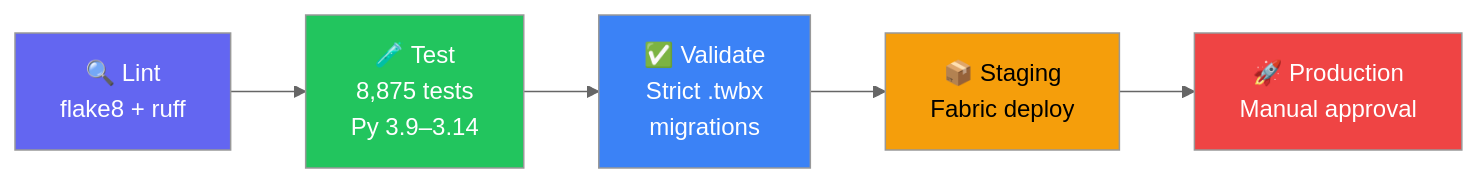
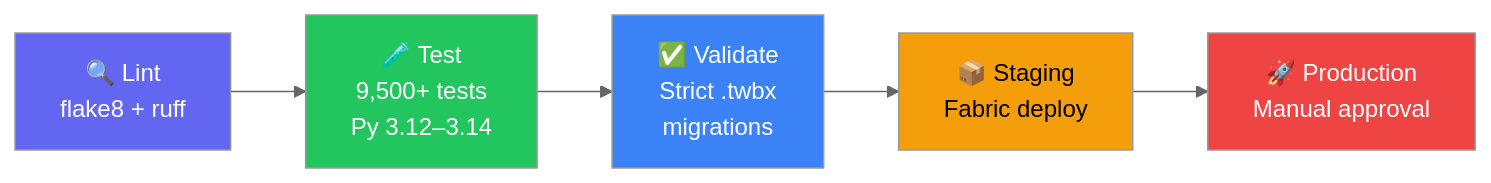
Before and after one commit to cyphou/TableauToPowerBI: the fifth of 5 diagrams in README.md, drawn with Mermaid (neutral theme). The commit also changed other lines of this file and 53 other files, not shown here.

````diff
--- a/README.md
+++ b/README.md
@@ -834,13 +837,13 @@
 ```mermaid
 flowchart LR
-    L["🔍 Lint\nflake8 + ruff"] --> T["🧪 Test\n8,875 tests\nPy 3.9–3.14"]
+    L["🔍 Lint\nflake8 + ruff"] --> T["🧪 Test\n9,500+ tests\nPy 3.12–3.14"]
     T --> V["✅ Validate\nStrict .twbx\nmigrations"]
     V --> S["📦 Staging\nFabric deploy"]
     S --> P["🚀 Production\nManual approval"]
     
     style L fill:#6366f1,color:#fff
     style T fill:#22c55e,color:#fff
     style V fill:#3b82f6,color:#fff
     style S fill:#f59e0b,color:#000
     style P fill:#ef4444,color:#fff
 ```
````
